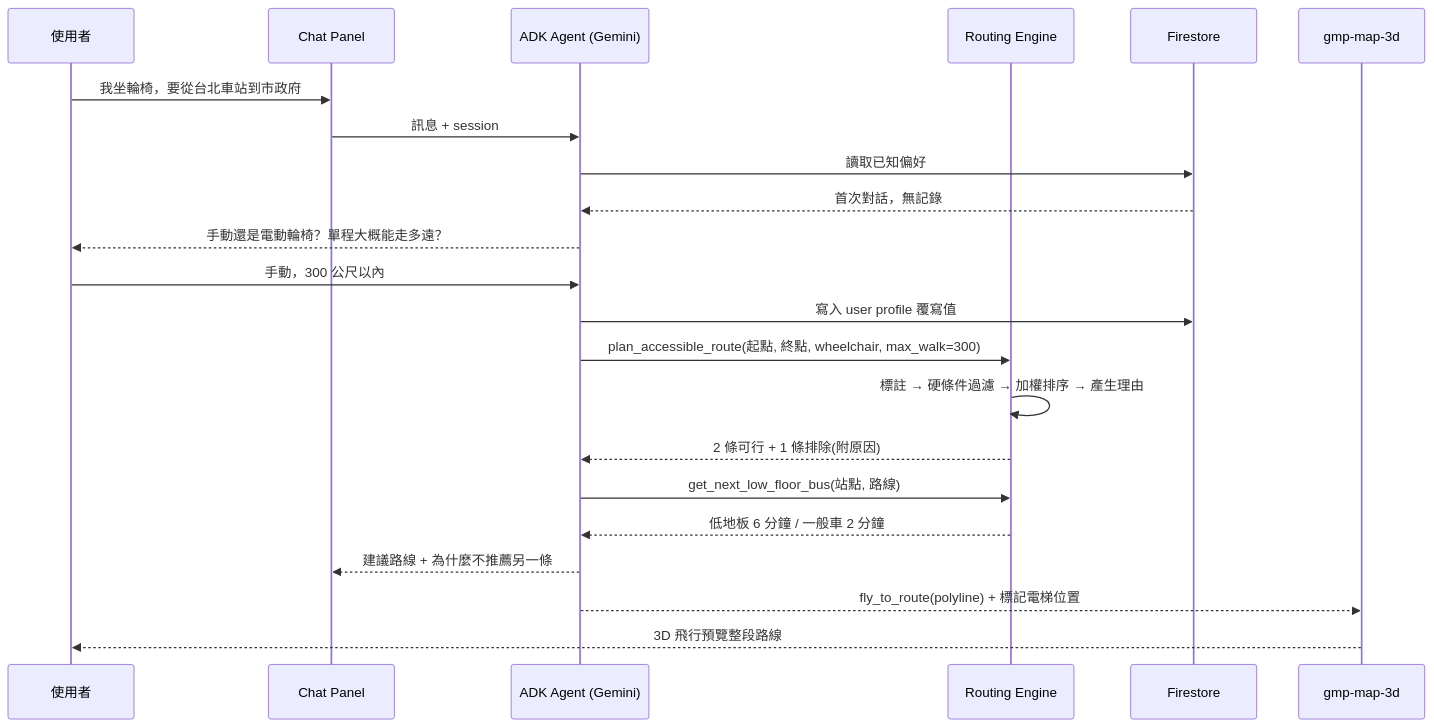
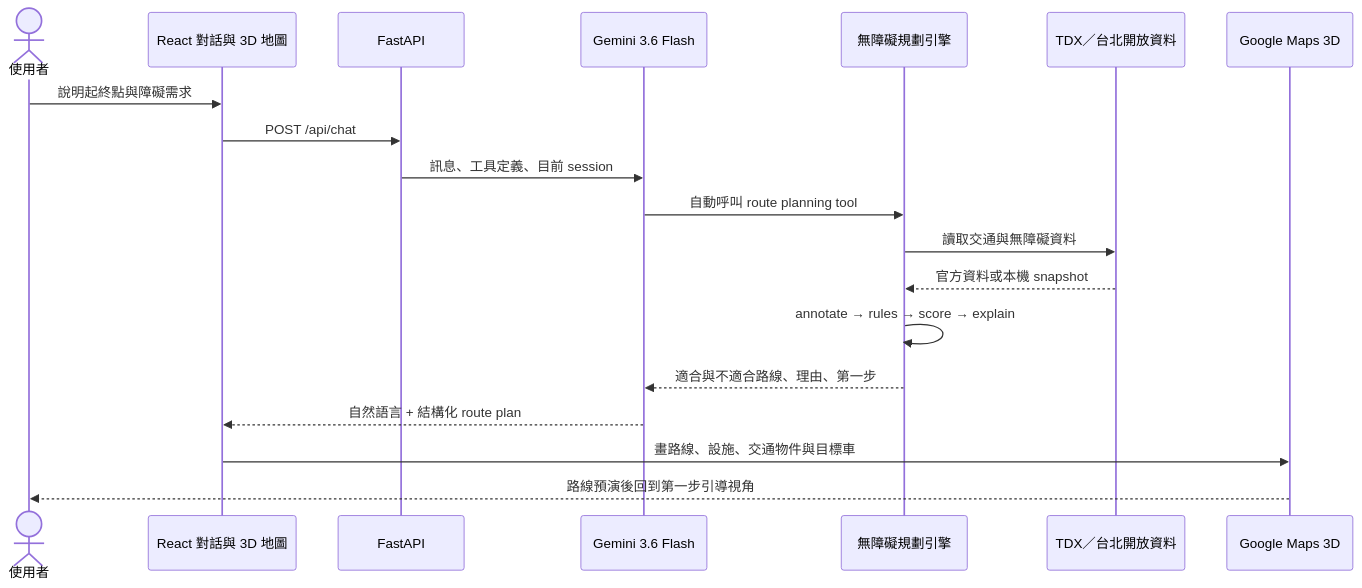
One commit to GabrielChentw/DevJam2026_taipei-pulse changed the first of 2 diagrams in docs/architecture.md. Above: the diagram before and after it, drawn with Mermaid. The commit also changed other lines of this file and 8 other files, not shown here.

Commit message:
feat: Add architecture files and modify docs including README

````diff
--- a/docs/architecture.md
+++ b/docs/architecture.md
@@ -116,25 +17,22 @@
 ```mermaid
 sequenceDiagram
-    participant U as 使用者
-    participant C as Chat Panel
-    participant AG as ADK Agent (Gemini)
-    participant RT as Routing Engine
-    participant DB as Firestore
-    participant MAP as gmp-map-3d
+    actor U as 使用者
+    participant UI as React 對話與 3D 地圖
+    participant API as FastAPI
+    participant G as Gemini 3.6 Flash
+    participant E as 無障礙規劃引擎
+    participant D as TDX／台北開放資料
+    participant M as Google Maps 3D
 
-    U->>C: 我坐輪椅，要從台北車站到市政府
-    C->>AG: 訊息 + session
-    AG->>DB: 讀取已知偏好
-    DB-->>AG: 首次對話，無記錄
-    AG-->>U: 手動還是電動輪椅？單程大概能走多遠？
-    U->>AG: 手動，300 公尺以內
-    AG->>DB: 寫入 user profile 覆寫值
-    AG->>RT: plan_accessible_route(起點, 終點, wheelchair, max_walk=300)
-    RT->>RT: 標註 → 硬條件過濾 → 加權排序 → 產生理由
-    RT-->>AG: 2 條可行 + 1 條排除(附原因)
-    AG->>RT: get_next_low_floor_bus(站點, 路線)
-    RT-->>AG: 低地板 6 分鐘 / 一般車 2 分鐘
-    AG-->>C: 建議路線 + 為什麼不推薦另一條
-    AG-->>MAP: fly_to_route(polyline) + 標記電梯位置
-    MAP-->>U: 3D 飛行預覽整段路線
+    U->>UI: 說明起終點與障礙需求
+    UI->>API: POST /api/chat
+    API->>G: 訊息、工具定義、目前 session
+    G->>E: 自動呼叫 route planning tool
+    E->>D: 讀取交通與無障礙資料
+    D-->>E: 官方資料或本機 snapshot
+    E->>E: annotate → rules → score → explain
+    E-->>G: 適合與不適合路線、理由、第一步
+    G-->>UI: 自然語言 + 結構化 route plan
+    UI->>M: 畫路線、設施、交通物件與目標車
+    M-->>U: 路線預演後回到第一步引導視角
 ```
````
